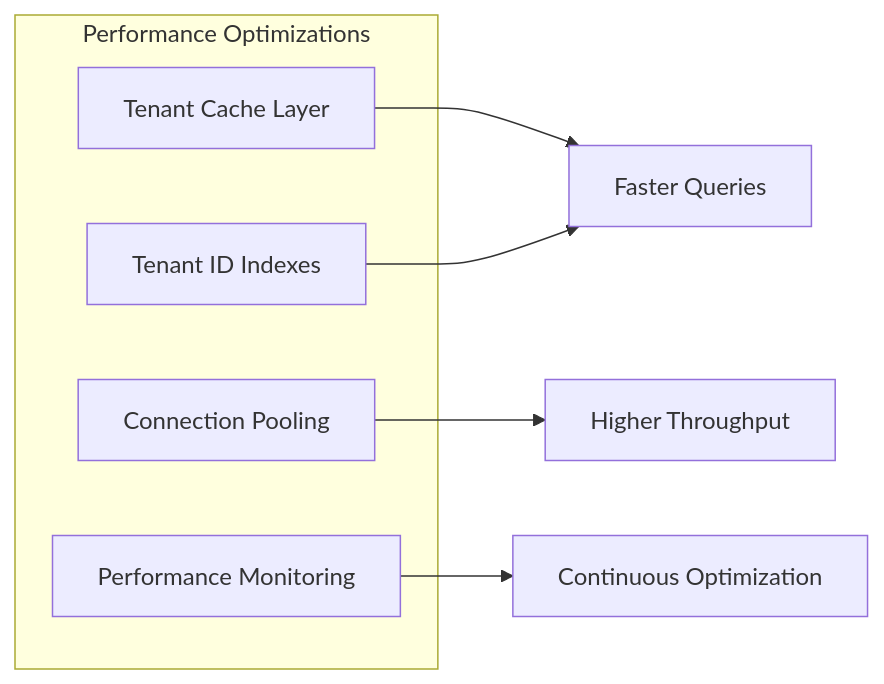
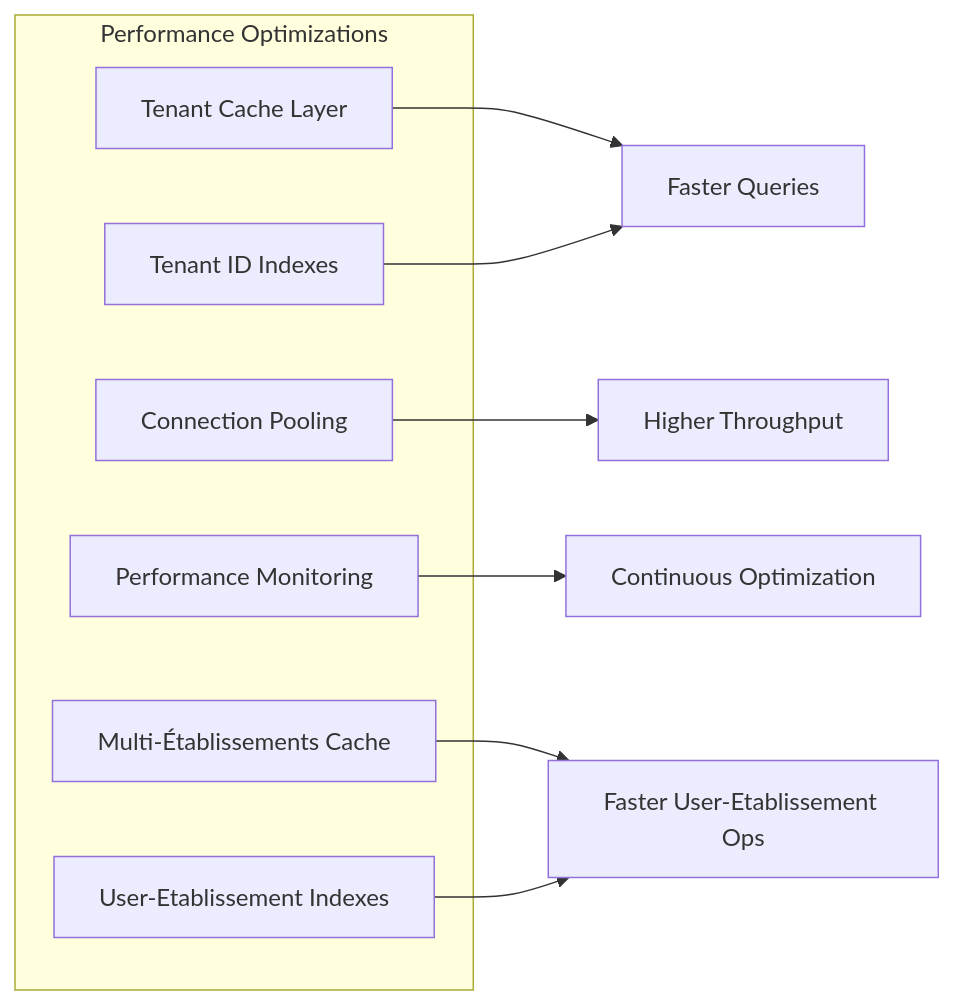
Before and after one commit to franckylab/eLISAschool: diagram 15 of 15 in .qoder/repowiki/en/content/Modules & Features/Administrative Modules/Establishment Management.md, drawn with Mermaid. The commit also changed other lines of this file and 75 other files, not shown here.

````diff
--- a/.qoder/repowiki/en/content/Modules & Features/Administrative Modules/Establishment Management.md
+++ b/.qoder/repowiki/en/content/Modules & Features/Administrative Modules/Establishment Management.md
@@ -514,13 +753,17 @@
 ```mermaid
 graph LR
 subgraph "Performance Optimizations"
 Cache["Tenant Cache Layer"]
 Indexes["Tenant ID Indexes"]
 Connection["Connection Pooling"]
 Monitoring["Performance Monitoring"]
+MultiEtabCache["Multi-Établissements Cache"]
+UserEtabIndexes["User-Etablissement Indexes"]
 end
 Cache --> QuerySpeed["Faster Queries"]
 Indexes --> QuerySpeed
 Connection --> Throughput["Higher Throughput"]
 Monitoring --> Optimize["Continuous Optimization"]
+MultiEtabCache --> UserEtabOps["Faster User-Etablissement Ops"]
+UserEtabIndexes --> UserEtabOps
 ```
````
